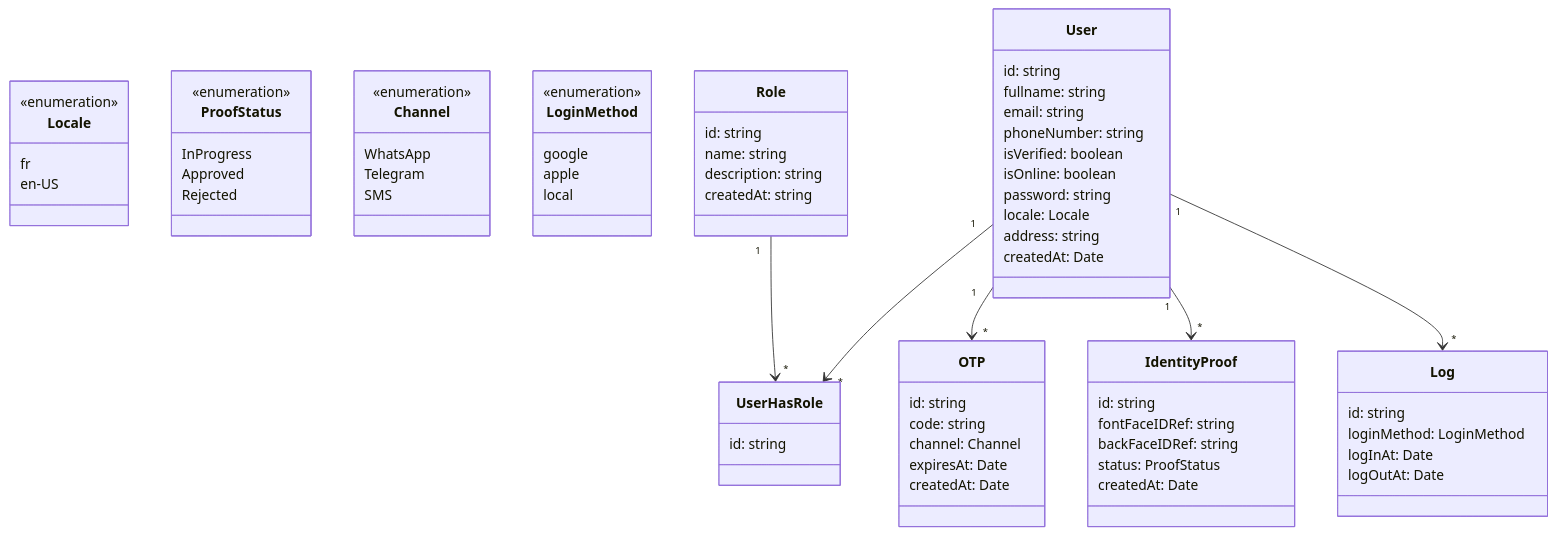
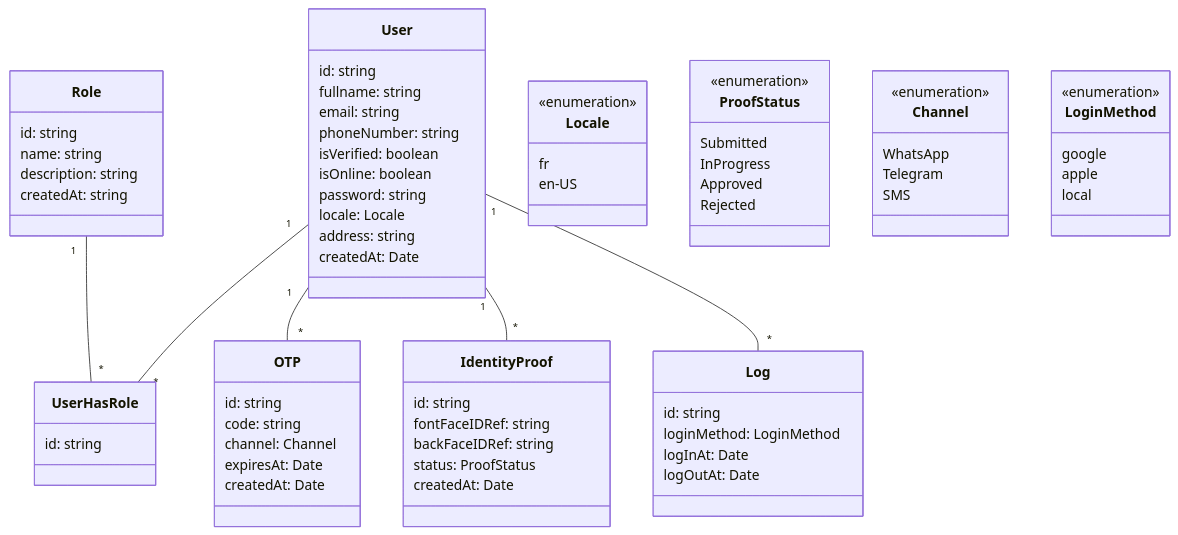
The diagram in docs/class-diagrams/auth-module.md (Hublot-Tech/hublot-app), drawn with Mermaid before and after one commit.

````diff
--- a/docs/class-diagrams/auth-module.md
+++ b/docs/class-diagrams/auth-module.md
@@ -1,72 +1,75 @@
 ```mermaid
  classDiagram
-      class Locale {
-        <<enumeration>>
-        fr
-        en-US
-      }
-      class ProofStatus {
-        <<enumeration>>
-        InProgress
-        Approved
-        Rejected
-      }
-      class Channel {
-        <<enumeration>>
-        WhatsApp
-        Telegram
-        SMS
-      }
-      class LoginMethod {
-        <<enumeration>>
-        google
-        apple
-        local
-      }
       class Role {
           id: string
           name: string
           description: string
           createdAt: string
        }
       class OTP {
           id: string  
           code: string
           channel: Channel
           expiresAt: Date
           createdAt: Date
       }
       class Log {
           id: string
           loginMethod: LoginMethod
           logInAt: Date
           logOutAt: Date
       }
       class IdentityProof {
           id: string
           fontFaceIDRef: string
           backFaceIDRef: string
           status: ProofStatus
           createdAt: Date
       }
       class User {
           id: string
           fullname: string
           email: string
           phoneNumber: string
           isVerified: boolean
           isOnline: boolean
           password: string
           locale: Locale
           address: string
           createdAt: Date
       }
       class UserHasRole {
           id: string
       }
-      User "1" --> "*" UserHasRole
-      Role "1" --> "*" UserHasRole
-      User "1" --> "*" OTP
-      User "1" --> "*" IdentityProof
-      User "1" --> "*" Log
+      User "1" -- "*" UserHasRole
+      Role "1" -- "*" UserHasRole
+      User "1" -- "*" OTP
+      User "1" -- "*" IdentityProof
+      User "1" -- "*" Log
+
+      
+      class Locale {
+        <<enumeration>>
+        fr
+        en-US
+      }
+      class ProofStatus {
+        <<enumeration>>
+        Submitted
+        InProgress
+        Approved
+        Rejected
+      }
+      class Channel {
+        <<enumeration>>
+        WhatsApp
+        Telegram
+        SMS
+      }
+      class LoginMethod {
+        <<enumeration>>
+        google
+        apple
+        local
+      }
 ```
````
